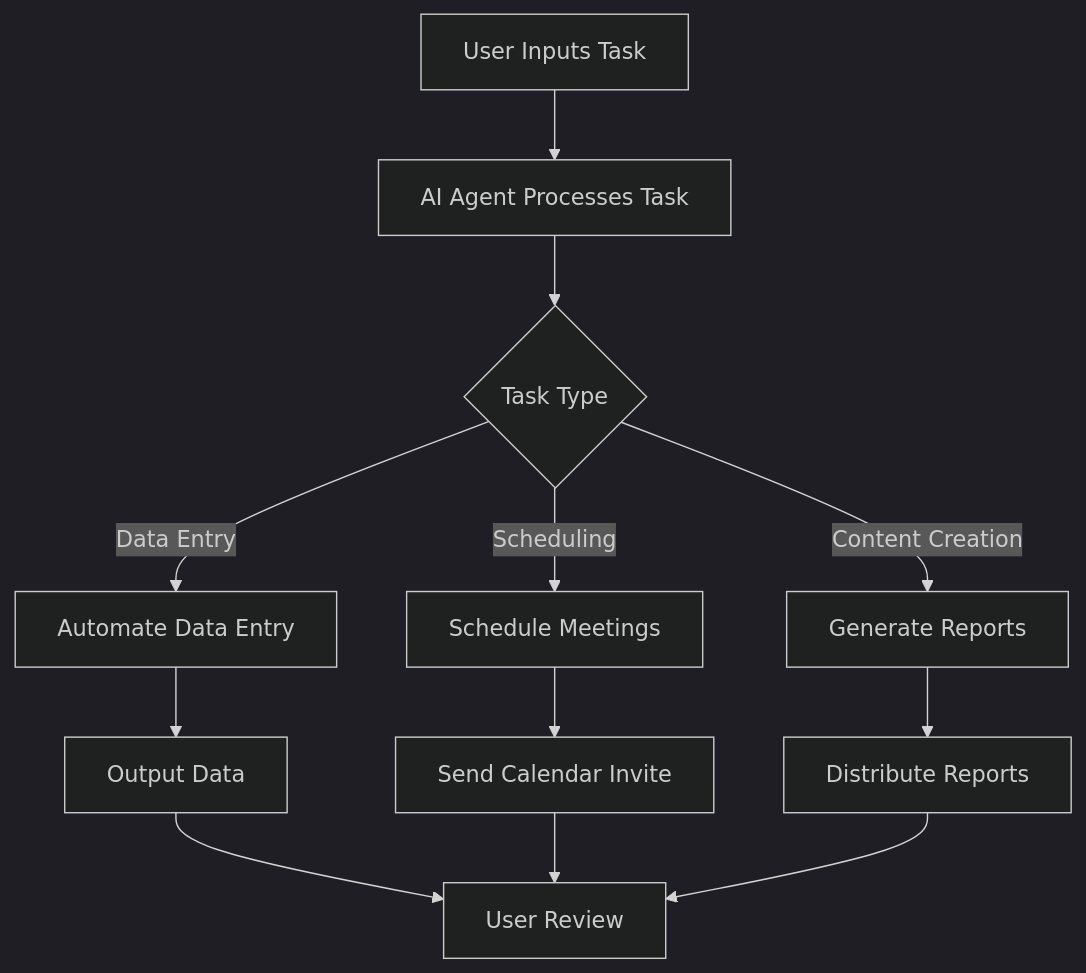
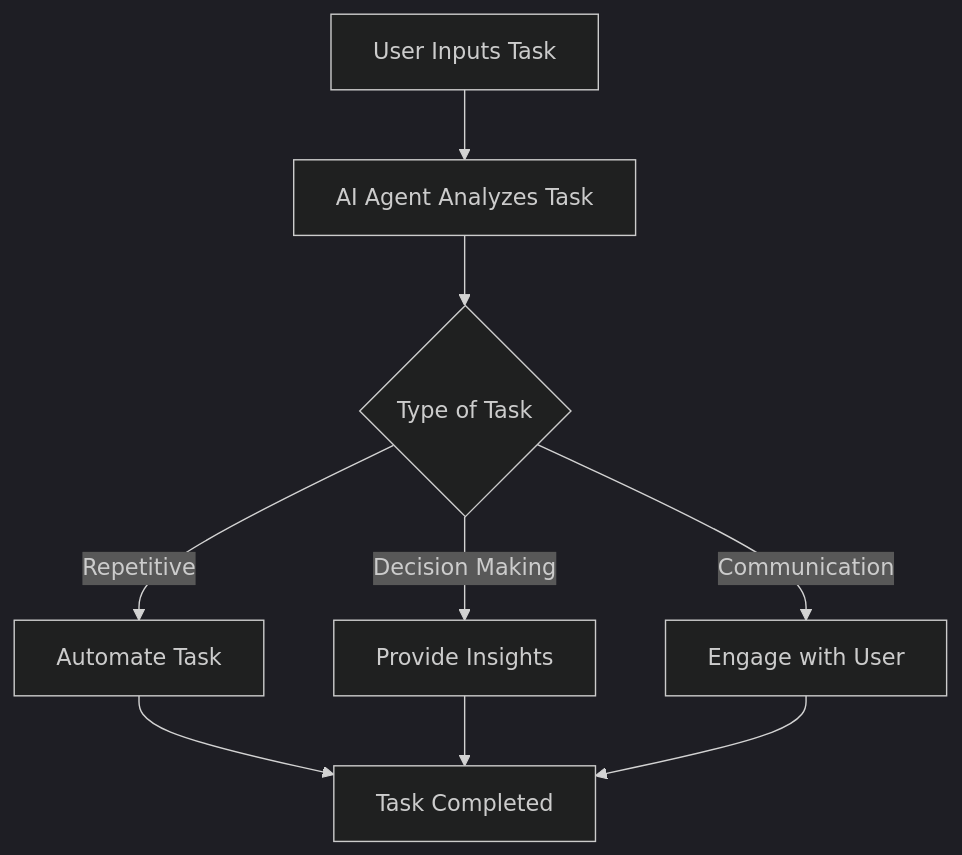
One commit to ai-tools-lab/ai-tools-lab.github.io changed the diagram in content/posts/maximizing-productivity-with-ai-agents-in-2026.md. Above: the diagram before and after it, drawn with Mermaid (dark theme). The commit also changed other lines of this file and 21 other files, not shown here.

````diff
--- a/content/posts/maximizing-productivity-with-ai-agents-in-2026.md
+++ b/content/posts/maximizing-productivity-with-ai-agents-in-2026.md
@@ -139,14 +92,11 @@
 ```mermaid
 graph TD;
-    A[User Inputs Task] --> B[AI Agent Processes Task];
-    B --> C{Task Type};
-    C -->|Data Entry| D[Automate Data Entry];
-    C -->|Scheduling| E[Schedule Meetings];
-    C -->|Content Creation| F[Generate Reports];
-    D --> G[Output Data];
-    E --> H[Send Calendar Invite];
-    F --> I[Distribute Reports];
-    G --> J[User Review];
-    H --> J;
-    I --> J;
+    A[User Inputs Task] --> B[AI Agent Analyzes Task];
+    B --> C{Type of Task};
+    C -->|Repetitive| D[Automate Task];
+    C -->|Decision Making| E[Provide Insights];
+    C -->|Communication| F[Engage with User];
+    D --> G[Task Completed];
+    E --> G;
+    F --> G;
 ```
````
